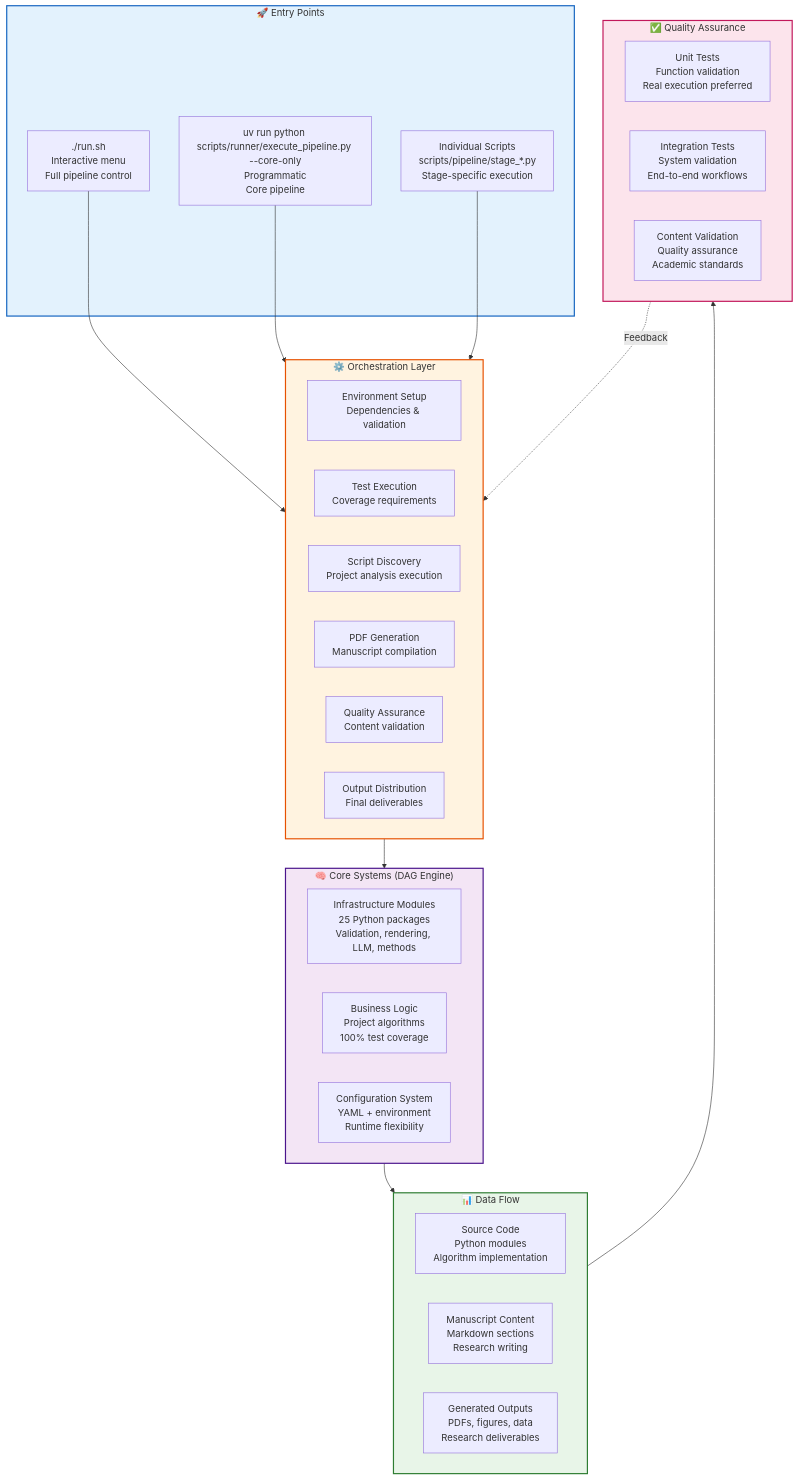
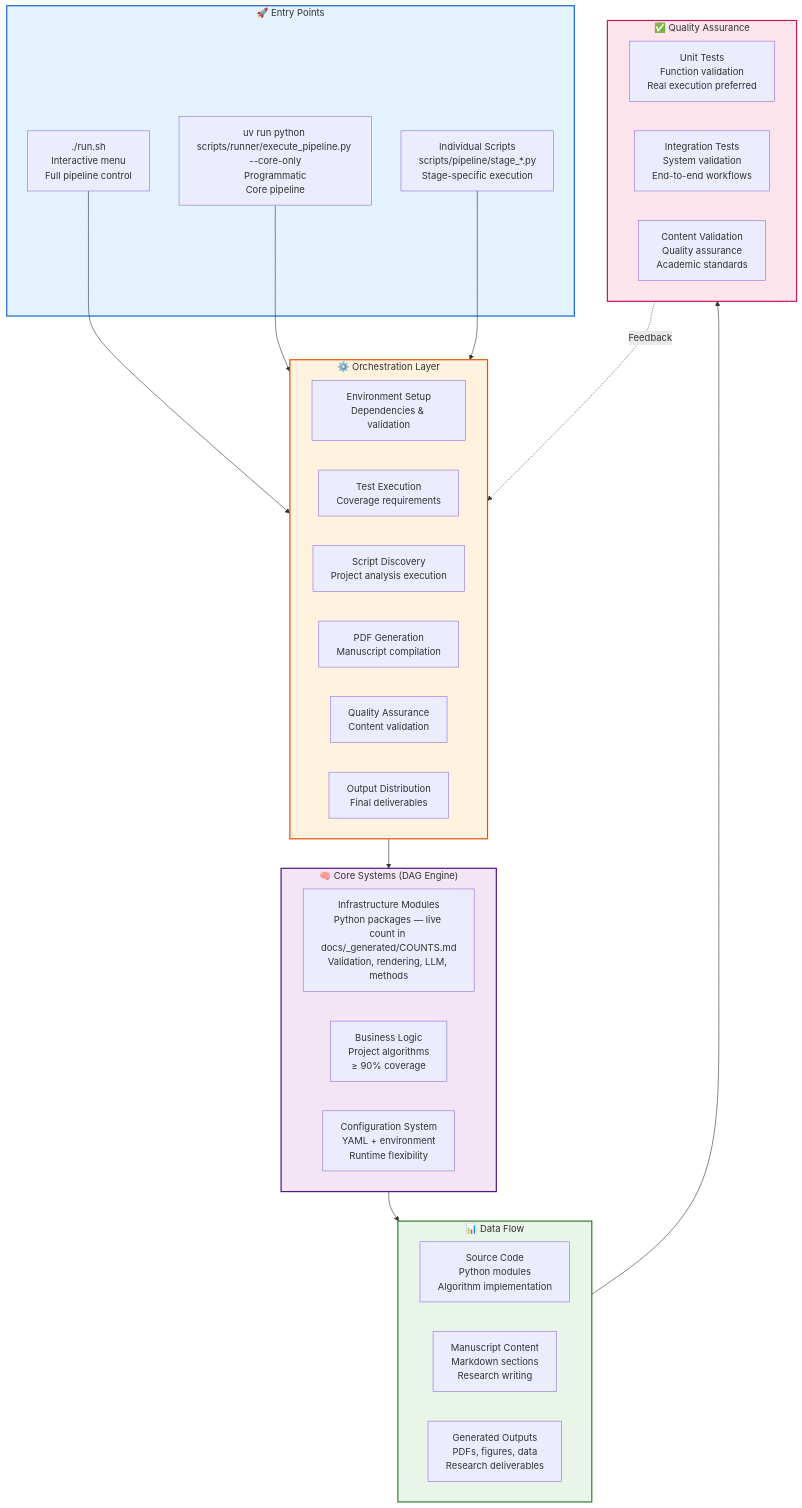
One commit to docxology/template changed the third of 8 diagrams in .github/README.md. Above: the diagram before and after it, drawn with Mermaid. The commit also changed other lines of this file and 153 other files, not shown here.

````diff
--- a/.github/README.md
+++ b/.github/README.md
@@ -360,57 +360,57 @@
 ```mermaid
 graph TB
     subgraph Entry["🚀 Entry Points"]
         RUNSH[./run.sh<br/>Interactive menu<br/>Full pipeline control]
         RUNALL[uv run python scripts/runner/execute_pipeline.py --core-only<br/>Programmatic<br/>Core pipeline]
         INDIVIDUAL[Individual Scripts<br/>scripts/pipeline/stage_*.py<br/>Stage-specific execution]
     end
 
     subgraph Orchestration["⚙️ Orchestration Layer"]
         SETUP[Environment Setup<br/>Dependencies & validation]
         TESTING[Test Execution<br/>Coverage requirements]
         ANALYSIS[Script Discovery<br/>Project analysis execution]
         RENDERING[PDF Generation<br/>Manuscript compilation]
         VALIDATION[Quality Assurance<br/>Content validation]
         DELIVERY[Output Distribution<br/>Final deliverables]
     end
 
     subgraph Core["🧠 Core Systems (DAG Engine)"]
-        INFRASTRUCTURE[Infrastructure Modules<br/>25 Python packages<br/>Validation, rendering, LLM, methods]
-        BUSINESS_LOGIC[Business Logic<br/>Project algorithms<br/>100% test coverage]
+        INFRASTRUCTURE[Infrastructure Modules<br/>Python packages — live count in docs/_generated/COUNTS.md<br/>Validation, rendering, LLM, methods]
+        BUSINESS_LOGIC[Business Logic<br/>Project algorithms<br/>≥ 90% coverage]
         CONFIGURATION[Configuration System<br/>YAML + environment<br/>Runtime flexibility]
     end
 
     subgraph Data["📊 Data Flow"]
         SOURCE_CODE[Source Code<br/>Python modules<br/>Algorithm implementation]
         MANUSCRIPT_CONTENT[Manuscript Content<br/>Markdown sections<br/>Research writing]
         GENERATED_OUTPUTS[Generated Outputs<br/>PDFs, figures, data<br/>Research deliverables]
     end
 
     subgraph Quality["✅ Quality Assurance"]
         UNIT_TESTS[Unit Tests<br/>Function validation<br/>Real execution preferred]
         INTEGRATION_TESTS[Integration Tests<br/>System validation<br/>End-to-end workflows]
         VALIDATION_CHECKS[Content Validation<br/>Quality assurance<br/>Academic standards]
     end
 
     RUNSH --> Orchestration
     RUNALL --> Orchestration
     INDIVIDUAL --> Orchestration
 
     Orchestration --> Core
     Core --> Data
     Data --> Quality
 
     Quality -.->|Feedback| Orchestration
 
     classDef entry fill:#e3f2fd,stroke:#1565c0,stroke-width:2px
     classDef orchestration fill:#fff3e0,stroke:#e65100,stroke-width:2px
     classDef core fill:#f3e5f5,stroke:#4a148c,stroke-width:2px
     classDef data fill:#e8f5e8,stroke:#2e7d32,stroke-width:2px
     classDef quality fill:#fce4ec,stroke:#c2185b,stroke-width:2px
 
     class Entry entry
     class Orchestration orchestration
     class Core core
     class Data data
     class Quality quality
 ```
````
